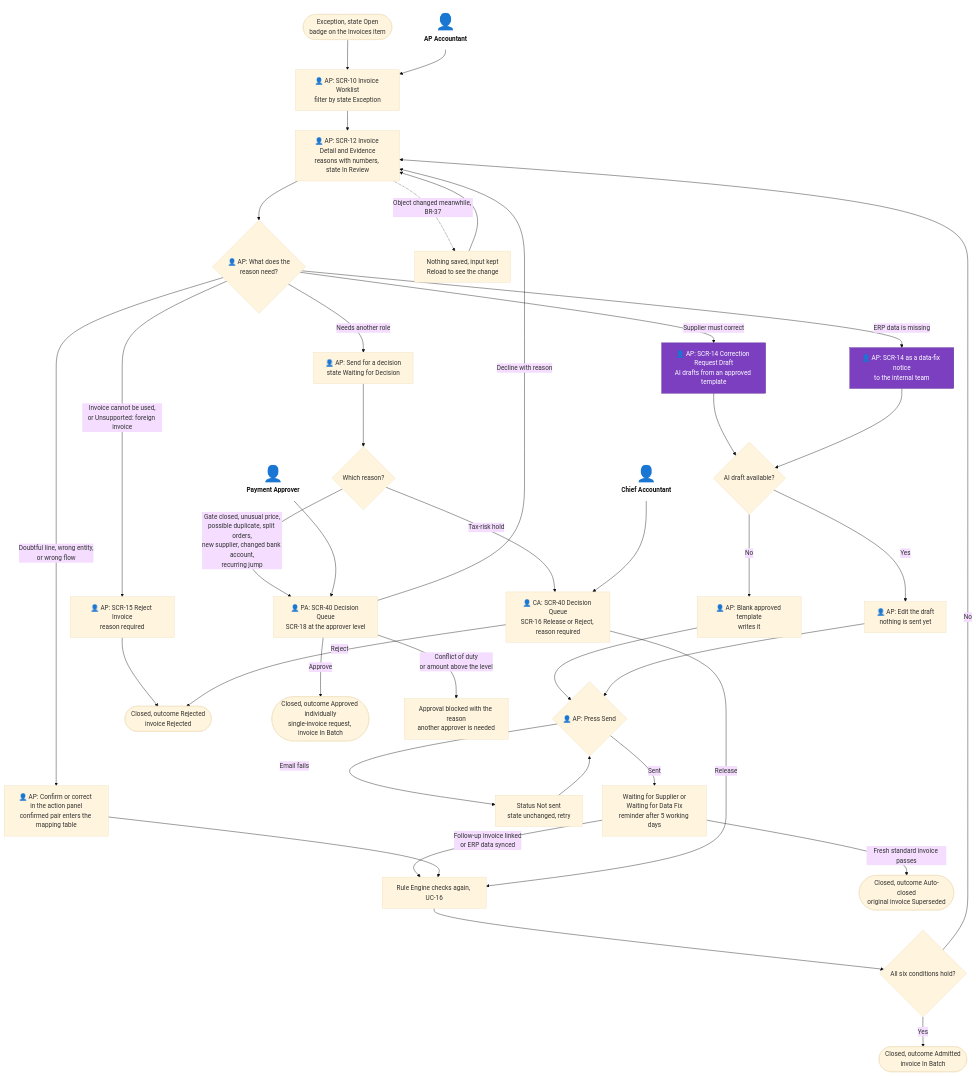
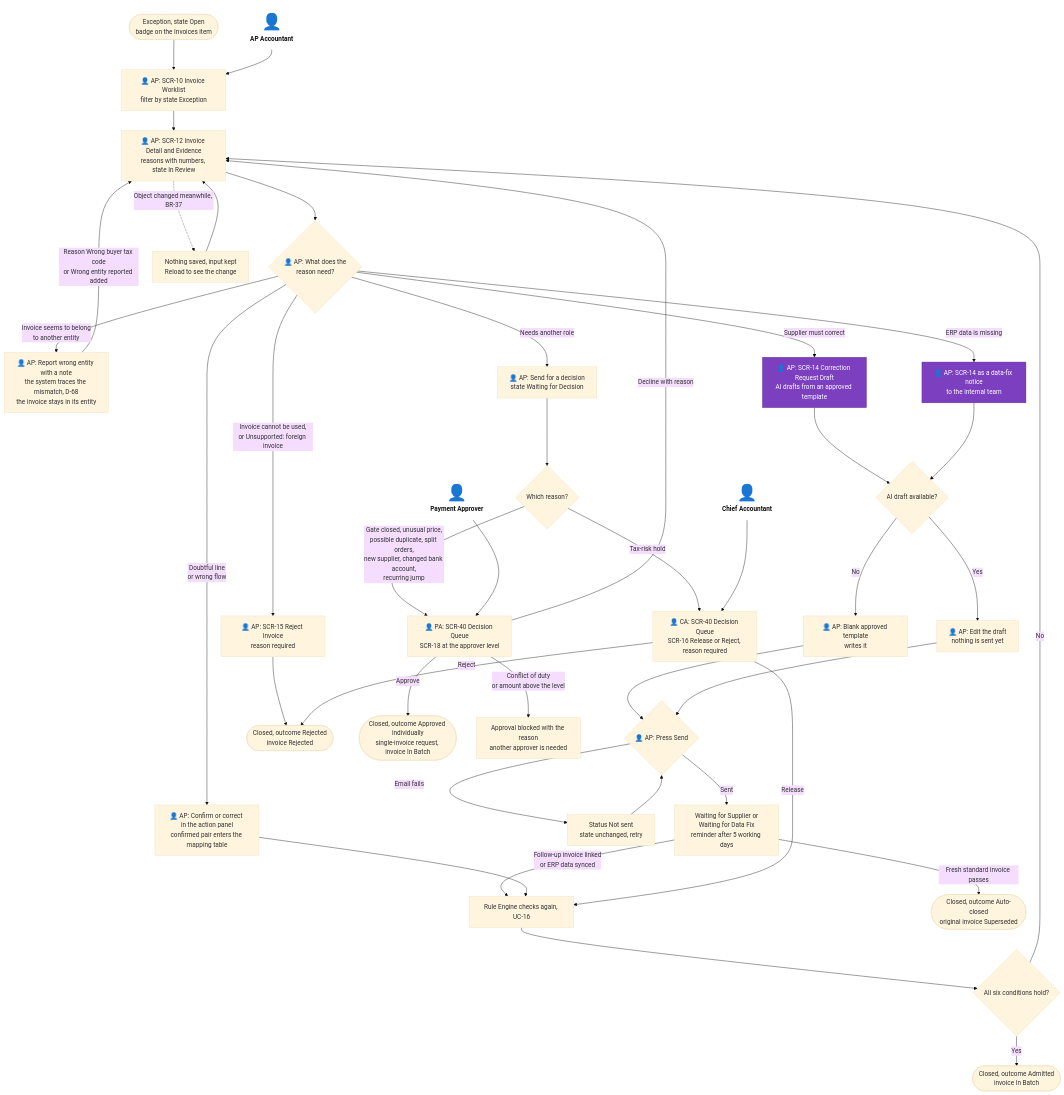
Before and after one commit to minhtuann1102/MatchPay: the second of 4 diagrams in docs/03-information-architecture/05-user-flows.md, drawn with Mermaid (base theme). The commit also changed other lines of this file and 25 other files, not shown here.

````diff
--- a/docs/03-information-architecture/05-user-flows.md
+++ b/docs/03-information-architecture/05-user-flows.md
@@ -70,52 +70,54 @@
 ```mermaid
 flowchart TD
     actAp["<span style='font-size:40px'>👤</span><br/><b>AP Accountant</b>"]:::actor
     actCa["<span style='font-size:40px'>👤</span><br/><b>Chief Accountant</b>"]:::actor
     actPa["<span style='font-size:40px'>👤</span><br/><b>Payment Approver</b>"]:::actor
     start(["Exception, state Open<br/>badge on the Invoices item"]) --> list["👤 AP: SCR-10 Invoice Worklist<br/>filter by state Exception"]
     list --> detail["👤 AP: SCR-12 Invoice Detail and Evidence<br/>reasons with numbers, state In Review"]
     detail --> kind{"👤 AP: What does the<br/>reason need?"}
 
-    kind -->|"Doubtful line, wrong entity,<br/>or wrong flow"| fix["👤 AP: Confirm or correct in the action panel<br/>confirmed pair enters the mapping table"]
+    kind -->|"Doubtful line<br/>or wrong flow"| fix["👤 AP: Confirm or correct in the action panel<br/>confirmed pair enters the mapping table"]
+    kind -->|"Invoice seems to belong<br/>to another entity"| wrongent["👤 AP: Report wrong entity with a note<br/>the system traces the mismatch, D-68<br/>the invoice stays in its entity"]
     kind -->|"Supplier must correct"| draft["👤 AP: SCR-14 Correction Request Draft<br/>AI drafts from an approved template"]:::ai
     kind -->|"ERP data is missing"| notice["👤 AP: SCR-14 as a data-fix notice<br/>to the internal team"]:::ai
     kind -->|"Invoice cannot be used,<br/>or Unsupported: foreign invoice"| reject["👤 AP: SCR-15 Reject Invoice<br/>reason required"]
     kind -->|"Needs another role"| route["👤 AP: Send for a decision<br/>state Waiting for Decision"]
 
     draft --> aiok{"AI draft available?"}
     notice --> aiok
     aiok -->|"No"| blank["👤 AP: Blank approved template<br/>writes it"]
     aiok -->|"Yes"| edit["👤 AP: Edit the draft<br/>nothing is sent yet"]
     blank --> send
     edit --> send{"👤 AP: Press Send"}
     send -->|"Email fails"| notsent["Status Not sent<br/>state unchanged, retry"]
     notsent --> send
     send -->|"Sent"| waitsup["Waiting for Supplier or<br/>Waiting for Data Fix<br/>reminder after 5 working days"]
     waitsup -->|"Follow-up invoice linked<br/>or ERP data synced"| recheck
     waitsup -->|"Fresh standard invoice passes"| auto(["Closed, outcome Auto-closed<br/>original invoice Superseded"])
 
+    wrongent -->|"Reason Wrong buyer tax code<br/>or Wrong entity reported added"| detail
     fix --> recheck["Rule Engine checks again, UC-16"]
     reject --> rejected(["Closed, outcome Rejected<br/>invoice Rejected"])
     recheck --> pass{"All six conditions hold?"}
     pass -->|"Yes"| admitted(["Closed, outcome Admitted<br/>invoice In Batch"])
     pass -->|"No"| detail
 
     route --> who{"Which reason?"}
     who -->|"Tax-risk hold"| hold["👤 CA: SCR-40 Decision Queue<br/>SCR-16 Release or Reject, reason required"]
     who -->|"Gate closed, unusual price,<br/>possible duplicate, split orders,<br/>new supplier, changed bank account,<br/>recurring jump"| approver["👤 PA: SCR-40 Decision Queue<br/>SCR-18 at the approver level"]
     hold -->|"Release"| recheck
     hold -->|"Reject"| rejected
     approver -->|"Approve"| approved(["Closed, outcome Approved individually<br/>single-invoice request, invoice In Batch"])
     approver -->|"Decline with reason"| detail
     approver -->|"Conflict of duty<br/>or amount above the level"| blocked["Approval blocked with the reason<br/>another approver is needed"]
 
     detail -.->|"Object changed meanwhile, BR-37"| reload["Nothing saved, input kept<br/>Reload to see the change"]
     reload --> detail
 
     actAp --> list
     actCa --> hold
     actPa --> approver
 
     classDef actor fill:none,stroke:none,color:#111
     classDef ai fill:#7b3fbf,color:#fff,stroke:#5a2d8c
 ```
````
